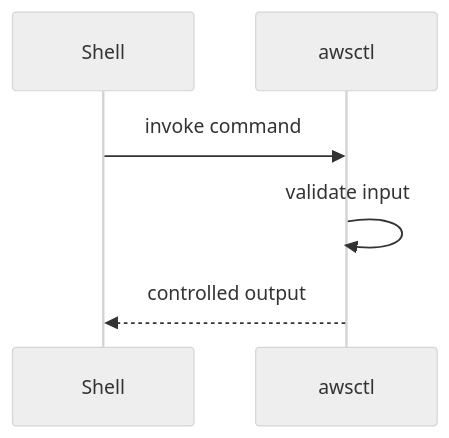
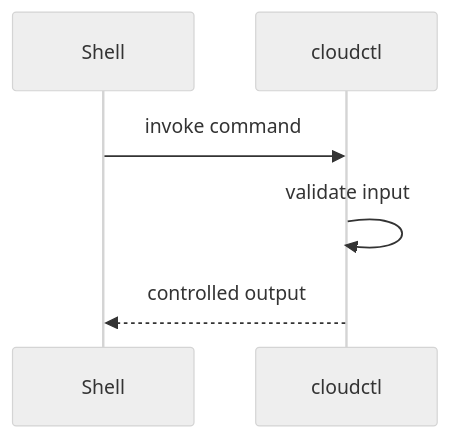
Before and after one commit to hoad-org/cloudctl: the second of 2 diagrams in docs/wiki/trust-and-security-boundaries.md, drawn with Mermaid (neutral theme). The commit also changed other lines of this file and 198 other files, not shown here.

````diff
--- a/docs/wiki/trust-and-security-boundaries.md
+++ b/docs/wiki/trust-and-security-boundaries.md
@@ -71,8 +71,8 @@
 ```mermaid
 sequenceDiagram
     participant Shell
-    participant awsctl
-    Shell->>awsctl: invoke command
-    awsctl->>awsctl: validate input
-    awsctl-->>Shell: controlled output
+    participant cloudctl
+    Shell->>cloudctl: invoke command
+    cloudctl->>cloudctl: validate input
+    cloudctl-->>Shell: controlled output
 ```
````
